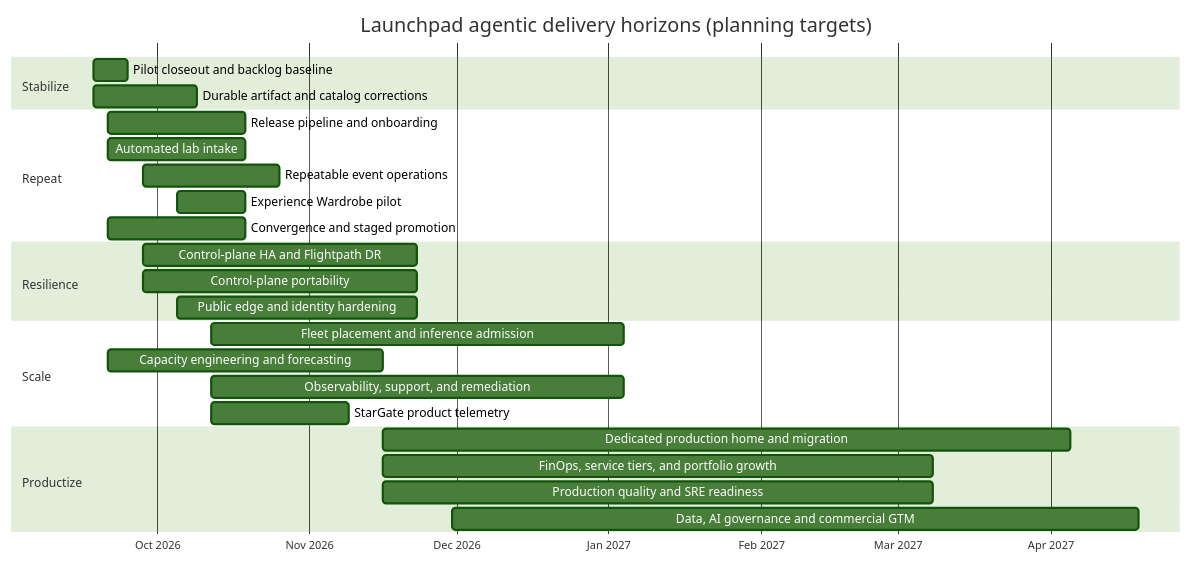
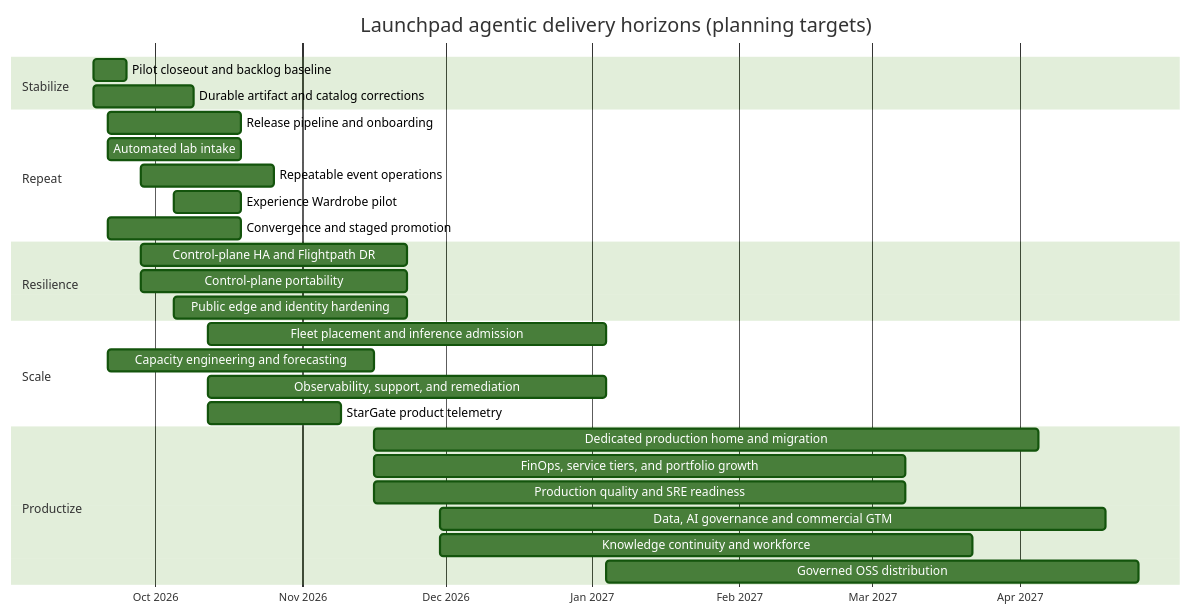
One commit to jkershawrh/launchpad changed the diagram in docs/product-delivery-roadmap.md. Above: the diagram before and after it, drawn with Mermaid (forest theme). The commit also changed other lines of this file and 13 other files, not shown here.

Commit message:
Add organizational continuity and OSS roadmap

````diff
--- a/docs/product-delivery-roadmap.md
+++ b/docs/product-delivery-roadmap.md
@@ -96,34 +96,36 @@
 ```mermaid
 gantt
     title Launchpad agentic delivery horizons (planning targets)
     dateFormat  YYYY-MM-DD
     axisFormat  %b %Y
 
     section Stabilize
     Pilot closeout and backlog baseline       :h0, 2026-09-18, 1w
     Durable artifact and catalog corrections  :h0a, 2026-09-18, 3w
 
     section Repeat
     Release pipeline and onboarding            :h1, 2026-09-21, 4w
     Automated lab intake                        :h1c, 2026-09-21, 4w
     Repeatable event operations                :h1a, 2026-09-28, 4w
     Experience Wardrobe pilot                  :h1b, 2026-10-05, 2w
     Convergence and staged promotion            :h1d, 2026-09-21, 4w
 
     section Resilience
     Control-plane HA and Flightpath DR          :h2, 2026-09-28, 8w
     Control-plane portability                   :h2b, 2026-09-28, 8w
     Public edge and identity hardening          :h2a, 2026-10-05, 7w
 
     section Scale
     Fleet placement and inference admission     :h3, 2026-10-12, 12w
     Capacity engineering and forecasting        :h3c, 2026-09-21, 8w
     Observability, support, and remediation      :h3a, 2026-10-12, 12w
     StarGate product telemetry                  :h3b, 2026-10-12, 4w
 
     section Productize
     Dedicated production home and migration     :h4, 2026-11-16, 20w
     FinOps, service tiers, and portfolio growth  :h4a, 2026-11-16, 16w
     Production quality and SRE readiness         :h4b, 2026-11-16, 16w
     Data, AI governance and commercial GTM       :h4c, 2026-11-30, 20w
+    Knowledge continuity and workforce           :h4d, 2026-11-30, 16w
+    Governed OSS distribution                    :h4e, 2027-01-04, 16w
 ```
````
